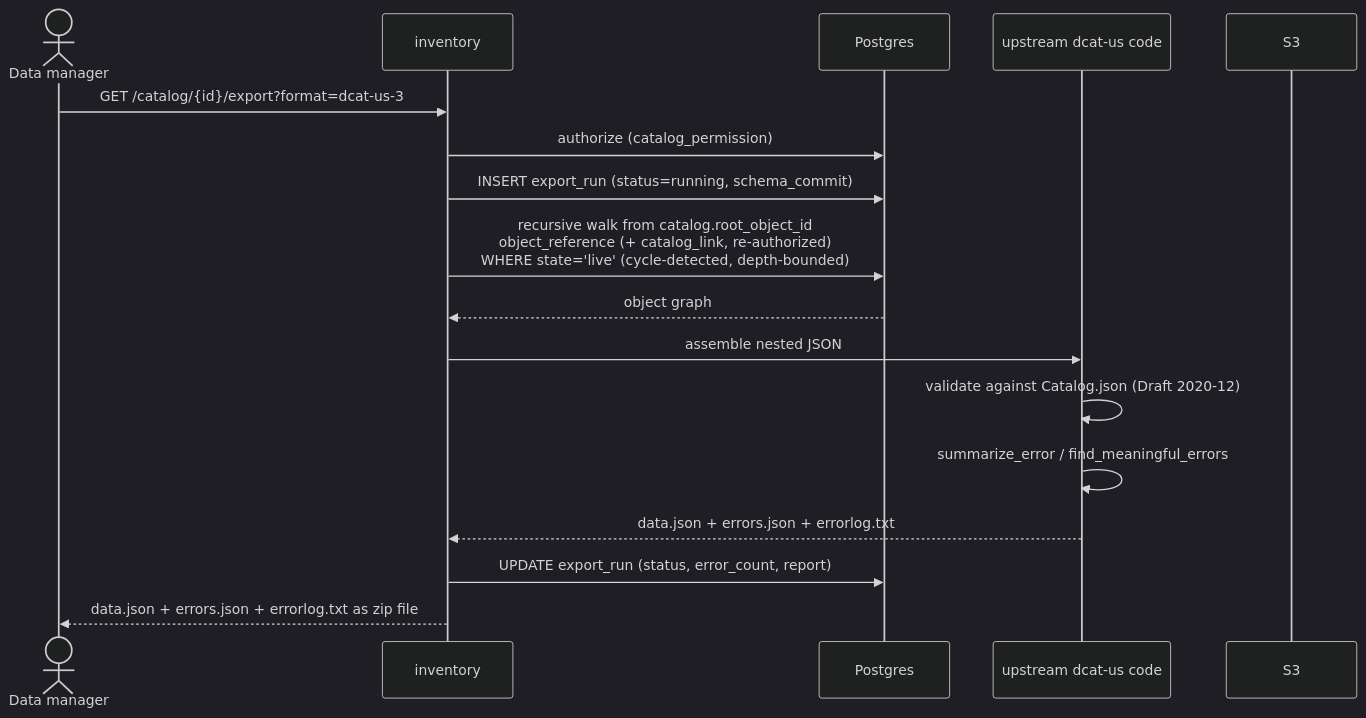
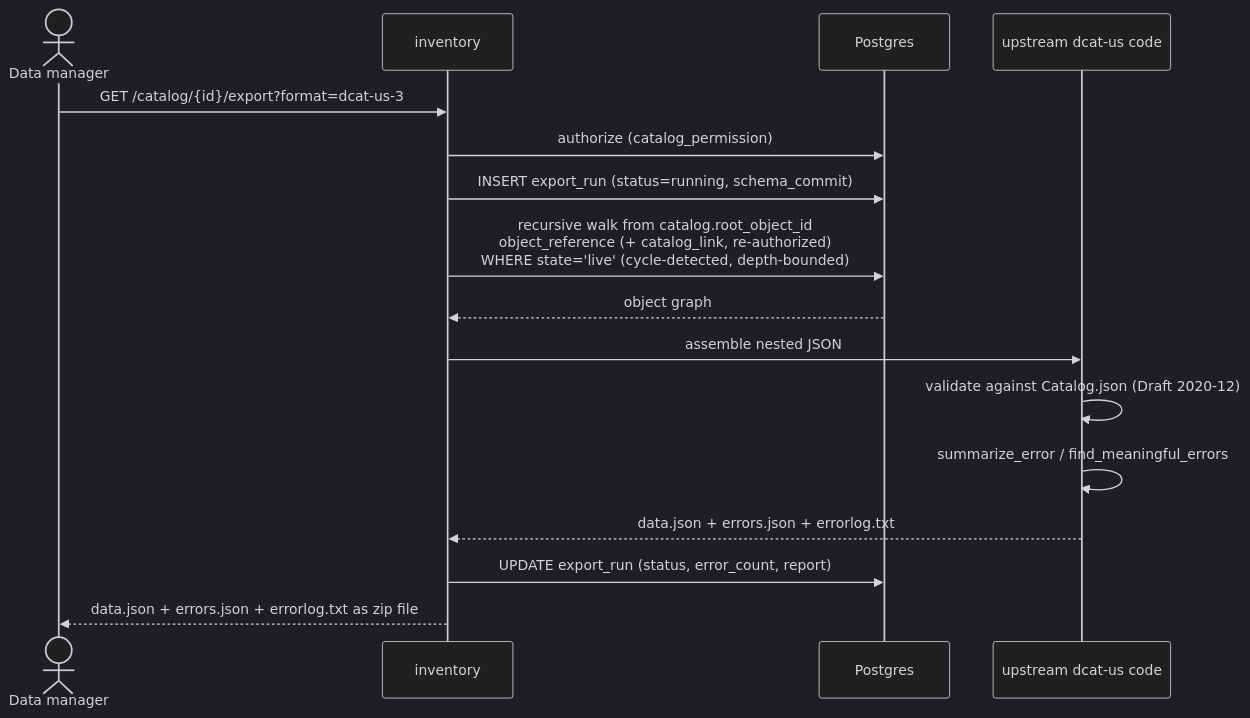
One commit to GSA/datagov-inventory changed the fourth of 8 diagrams in docs/architecture.md. Above: the diagram before and after it, drawn with Mermaid (dark theme).

Commit message:
Remove S3 from diagram

````diff
--- a/docs/architecture.md
+++ b/docs/architecture.md
@@ -379,20 +379,19 @@
 ```mermaid
 sequenceDiagram
     actor U as Data manager
     participant W as inventory
     participant DB as Postgres
     participant V as upstream dcat-us code
-    participant S3
 
     U->>W: GET /catalog/{id}/export?format=dcat-us-3
     W->>DB: authorize (catalog_permission)
     W->>DB: INSERT export_run (status=running, schema_commit)
     W->>DB: recursive walk from catalog.root_object_id<br/>object_reference (+ catalog_link, re-authorized)<br/>WHERE state='live' (cycle-detected, depth-bounded)
     DB-->>W: object graph
     W->>V: assemble nested JSON
     V->>V: validate against Catalog.json (Draft 2020-12)
     V->>V: summarize_error / find_meaningful_errors
     V-->>W: data.json + errors.json + errorlog.txt
     W->>DB: UPDATE export_run (status, error_count, report)
     W-->>U: data.json + errors.json + errorlog.txt as zip file
 ```
````
